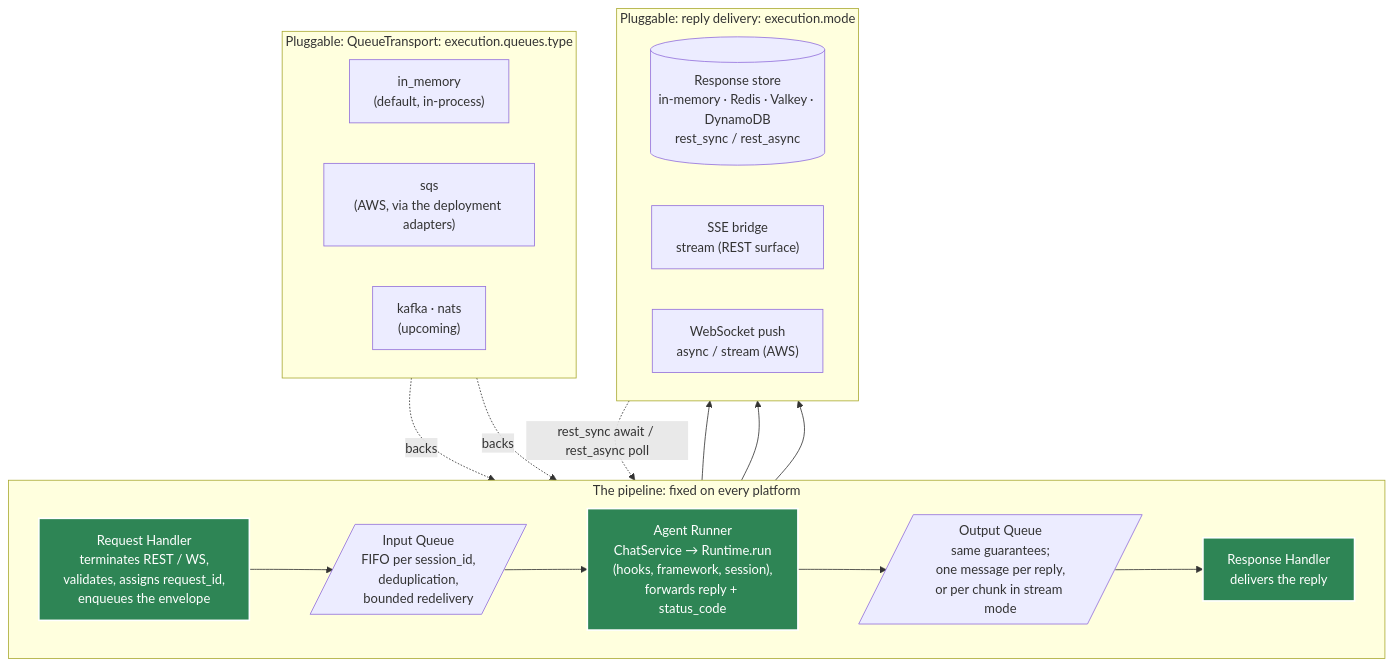
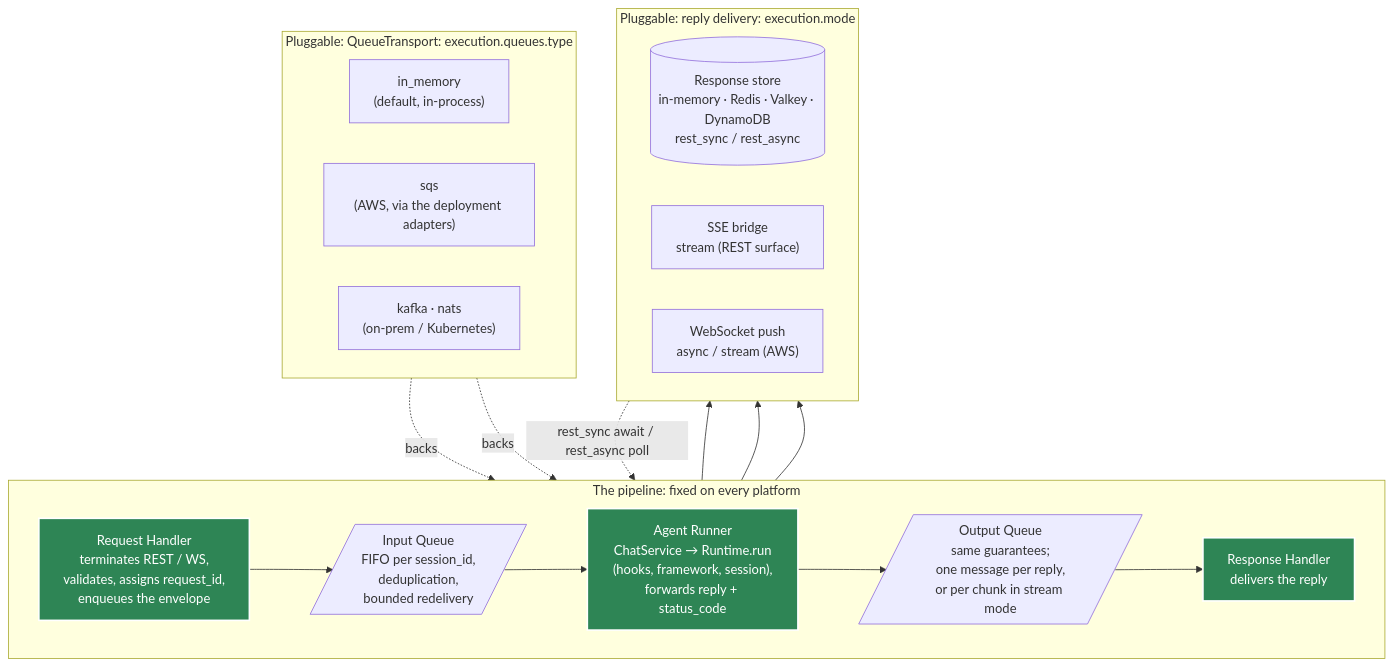
One commit to yaalalabs/agent-kernel changed the fourth of 8 diagrams in docs/docs/architecture/execution-flow.md. Above: the diagram before and after it, drawn with Mermaid. The commit also changed other lines of this file and 8 other files, not shown here.

````diff
--- a/docs/docs/architecture/execution-flow.md
+++ b/docs/docs/architecture/execution-flow.md
@@ -202,37 +202,37 @@
 ```mermaid
 graph TB
     subgraph PIPE["The pipeline: fixed on every platform"]
         direction LR
         RH["Request Handler<br/>terminates REST / WS,<br/>validates, assigns request_id,<br/>enqueues the envelope"]
         IQ[/"Input Queue<br/>FIFO per session_id,<br/>deduplication,<br/>bounded redelivery"/]
         AR["Agent Runner<br/>ChatService → Runtime.run<br/>(hooks, framework, session),<br/>forwards reply + status_code"]
         OQ[/"Output Queue<br/>same guarantees;<br/>one message per reply,<br/>or per chunk in stream mode"/]
         RESP["Response Handler<br/>delivers the reply"]
         RH --> IQ --> AR --> OQ --> RESP
     end
 
     subgraph TRANS["Pluggable: QueueTransport: execution.queues.type"]
         direction LR
         MEM["in_memory<br/>(default, in-process)"]
         SQS["sqs<br/>(AWS, via the deployment adapters)"]
-        KN["kafka · nats<br/>(upcoming)"]
+        KN["kafka · nats<br/>(on-prem / Kubernetes)"]
     end
 
     subgraph DELIV["Pluggable: reply delivery: execution.mode"]
         direction LR
         RS[("Response store<br/>in-memory · Redis · Valkey · DynamoDB<br/>rest_sync / rest_async")]
         SSE["SSE bridge<br/>stream (REST surface)"]
         WS["WebSocket push<br/>async / stream (AWS)"]
     end
 
     TRANS -.->|backs| IQ
     TRANS -.->|backs| OQ
     RESP --> RS
     RESP --> SSE
     RESP --> WS
     RS -.->|"rest_sync await / rest_async poll"| RH
 
     style RH fill:#2e8555,stroke:#fff,stroke-width:2px,color:#fff
     style AR fill:#2e8555,stroke:#fff,stroke-width:2px,color:#fff
     style RESP fill:#2e8555,stroke:#fff,stroke-width:2px,color:#fff
 ```
````
